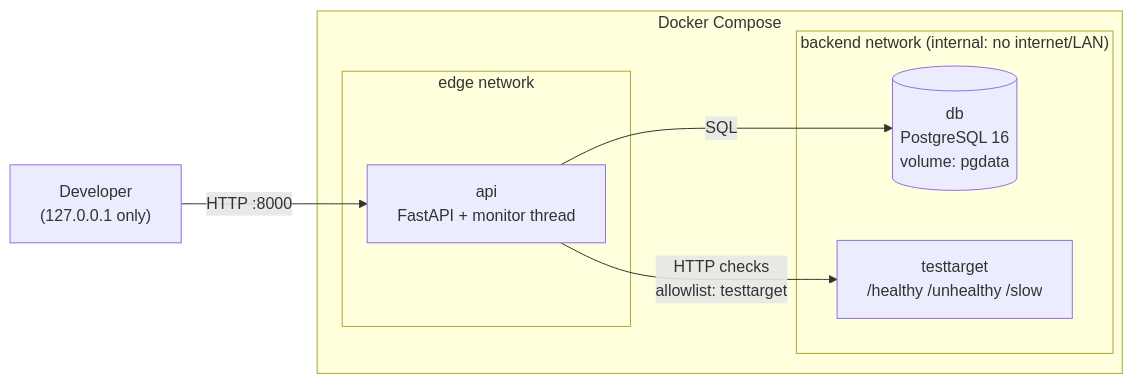
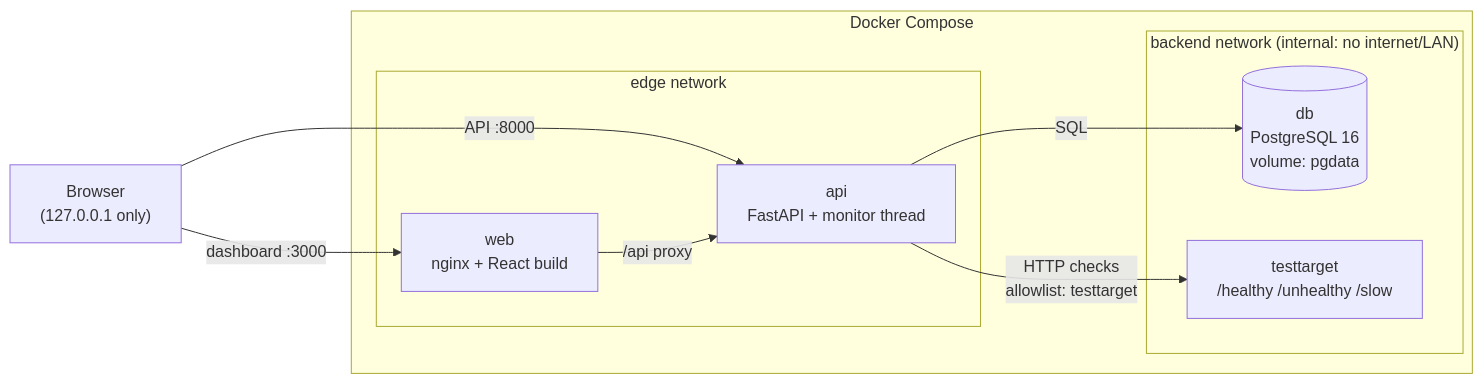
One commit to PiggyDan/infrascope changed the diagram in README.md. Above: the diagram before and after it, drawn with Mermaid. The commit also changed other lines of this file and 36 other files, not shown here.

First line of the commit message:
Day 2: web dashboard (React + TypeScript, nginx)

````diff
--- a/README.md
+++ b/README.md
@@ -23,15 +34,18 @@
 ```mermaid
 flowchart LR
-    user["Developer<br/>(127.0.0.1 only)"] -->|"HTTP :8000"| api
+    user["Browser<br/>(127.0.0.1 only)"] -->|"dashboard :3000"| web
+    user -->|"API :8000"| api
     subgraph compose["Docker Compose"]
         subgraph edge["edge network"]
+            web["web<br/>nginx + React build"]
             api["api<br/>FastAPI + monitor thread"]
+            web -->|"/api proxy"| api
         end
         subgraph backend["backend network (internal: no internet/LAN)"]
             db[("db<br/>PostgreSQL 16<br/>volume: pgdata")]
             tt["testtarget<br/>/healthy /unhealthy /slow"]
         end
         api -->|"SQL"| db
         api -->|"HTTP checks<br/>allowlist: testtarget"| tt
     end
 ```
````
